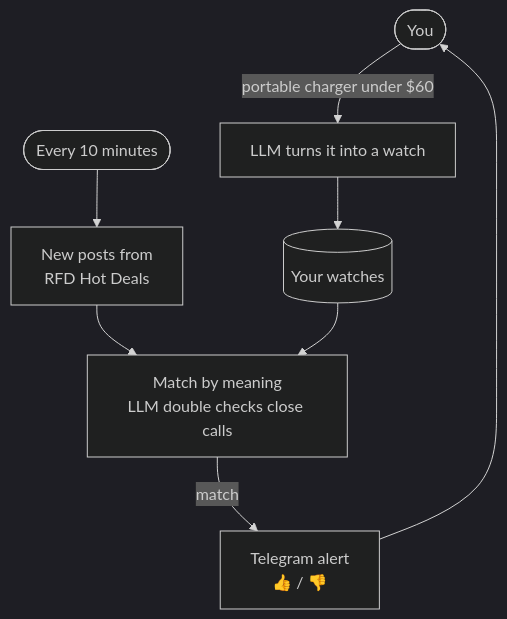
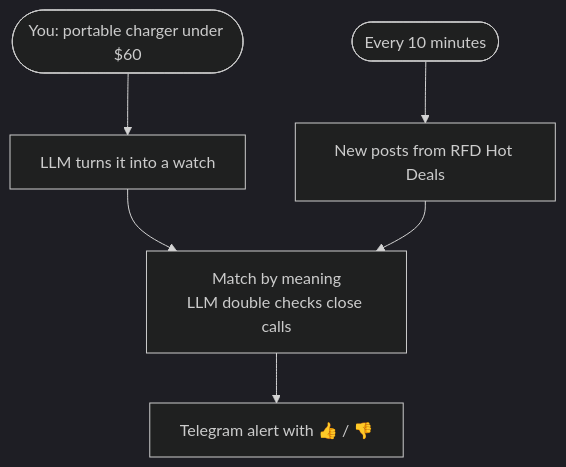
The first of 2 diagrams in README.md (Sajeevan2006/deal-scout), drawn with Mermaid (dark theme) before and after one commit.

Commit message:
Remove loop from architecture diagram

````diff
--- a/README.md
+++ b/README.md
@@ -26,10 +26,8 @@
 ```mermaid
 flowchart TD
-  you(["You"]) -->|"portable charger under $60"| planner["LLM turns it into a watch"]
-  planner --> watches[("Your watches")]
-  cron(["Every 10 minutes"]) --> feed["New posts from<br/>RFD Hot Deals"]
-  feed --> match["Match by meaning<br/>LLM double checks close calls"]
-  watches --> match
-  match -->|"match"| alert["Telegram alert<br/>👍 / 👎"]
-  alert --> you
+  you(["You: portable charger under $60"]) --> planner["LLM turns it into a watch"]
+  cron(["Every 10 minutes"]) --> feed["New posts from RFD Hot Deals"]
+  planner --> match["Match by meaning<br/>LLM double checks close calls"]
+  feed --> match
+  match --> alert["Telegram alert with 👍 / 👎"]
 ```
````
